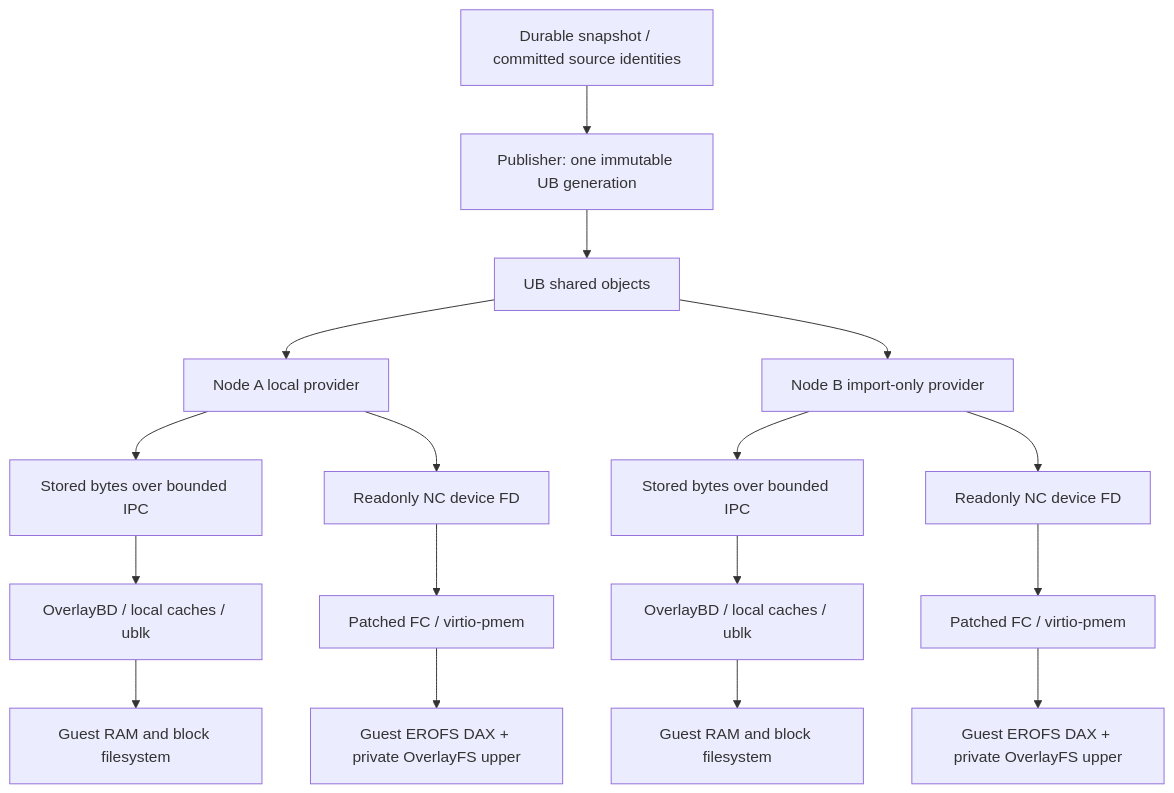
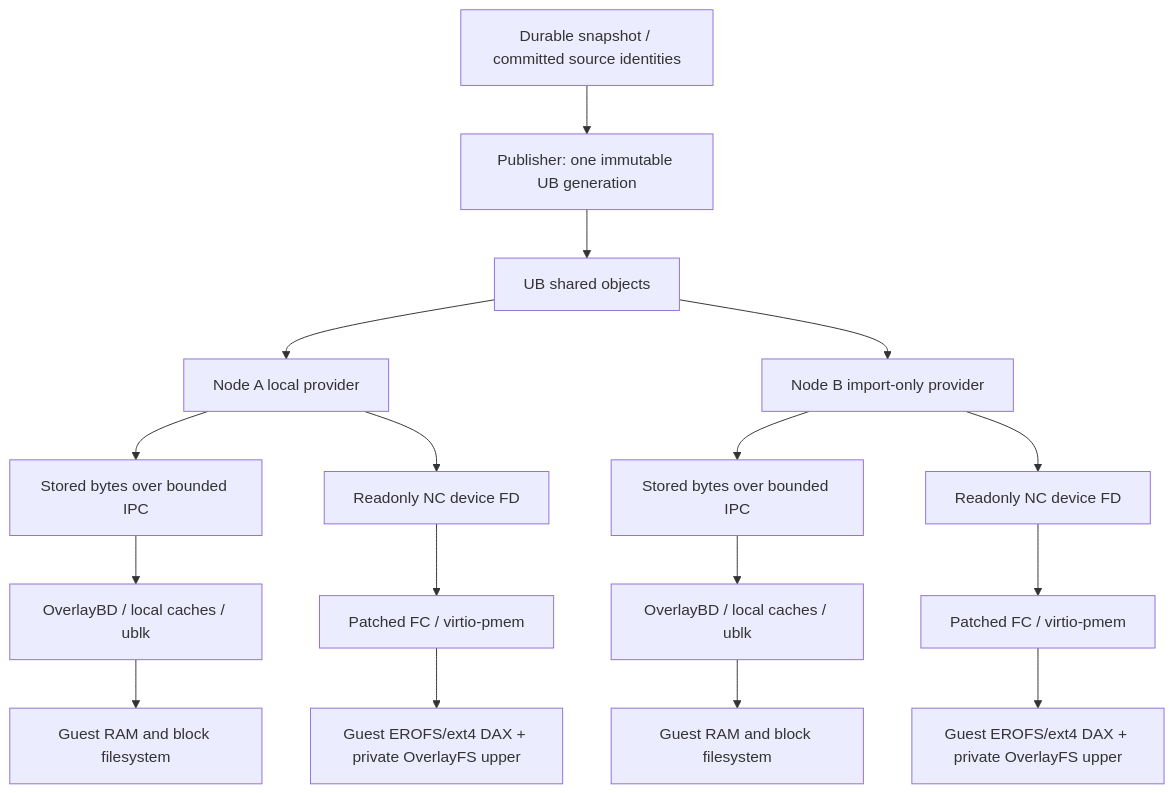
The diagram in docs/src/internals/cross-node-cow.md (LittleFish-15/AgentENV), drawn with Mermaid before and after one commit. The commit also changed other lines of this file and 7 other files, not shown here.

First line of the commit message:
feat(cow): support immutable ext4 DAX rootfs lowers

````diff
--- a/docs/src/internals/cross-node-cow.md
+++ b/docs/src/internals/cross-node-cow.md
@@ -9,20 +9,20 @@
 ```mermaid
 flowchart TB
     S[Durable snapshot / committed source identities]
     S --> P[Publisher: one immutable UB generation]
     P --> U[UB shared objects]
     U --> BA[Node A local provider]
     U --> BB[Node B import-only provider]
     BA --> LA[Stored bytes over bounded IPC]
     BB --> LB[Stored bytes over bounded IPC]
     LA --> OA[OverlayBD / local caches / ublk]
     LB --> OB[OverlayBD / local caches / ublk]
     OA --> GA[Guest RAM and block filesystem]
     OB --> GB[Guest RAM and block filesystem]
     BA --> FA[Readonly NC device FD]
     BB --> FB[Readonly NC device FD]
     FA --> PA[Patched FC / virtio-pmem]
     FB --> PB[Patched FC / virtio-pmem]
-    PA --> DA[Guest EROFS DAX + private OverlayFS upper]
-    PB --> DB[Guest EROFS DAX + private OverlayFS upper]
+    PA --> DA[Guest EROFS/ext4 DAX + private OverlayFS upper]
+    PB --> DB[Guest EROFS/ext4 DAX + private OverlayFS upper]
 ```
````
